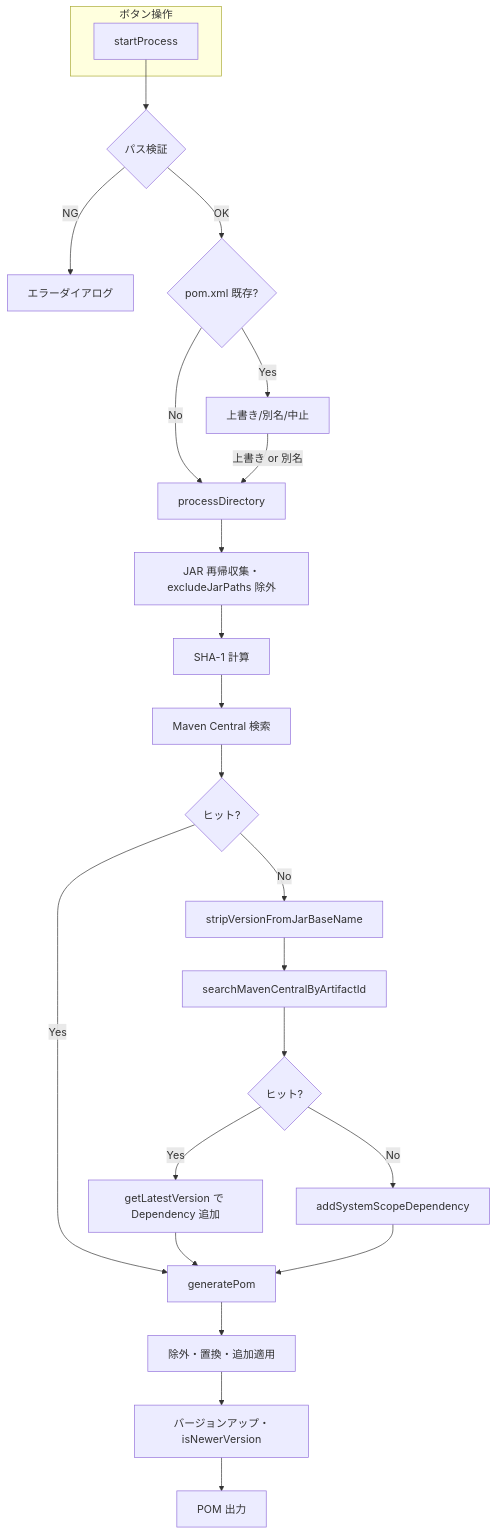
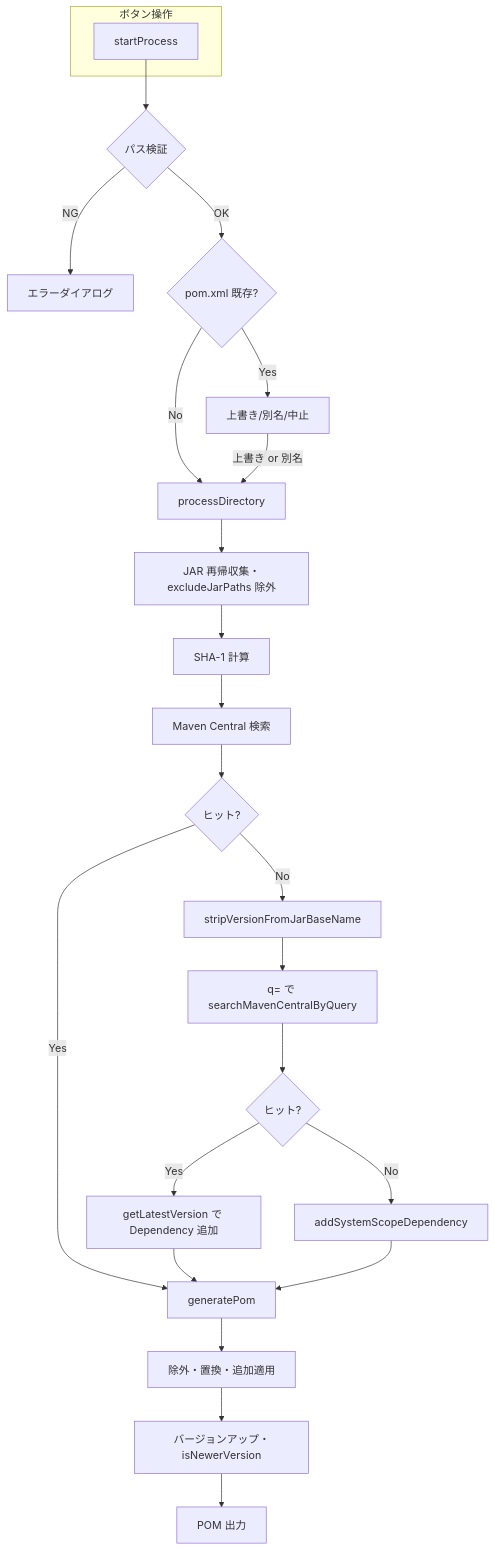
Before and after one commit to cac81571/ant-to-maven-converter: the second of 6 diagrams in docs/METHODS.md, drawn with Mermaid. The commit also changed other lines of this file and 1 other file, not shown here.

````diff
--- a/docs/METHODS.md
+++ b/docs/METHODS.md
@@ -141,27 +141,27 @@
 ```mermaid
 flowchart TB
     subgraph ボタン操作
         S[startProcess]
     end
     S --> V{パス検証}
     V -->|NG| E[エラーダイアログ]
     V -->|OK| W{pom.xml 既存?}
     W -->|Yes| O[上書き/別名/中止]
     W -->|No| P[processDirectory]
     O -->|上書き or 別名| P
     P --> P1[JAR 再帰収集・excludeJarPaths 除外]
     P1 --> P2[SHA-1 計算]
     P2 --> P3[Maven Central 検索]
     P3 --> P3b{ヒット?}
     P3b -->|No| P3c[stripVersionFromJarBaseName]
-    P3c --> P3d[searchMavenCentralByArtifactId]
+    P3c --> P3d[q= で searchMavenCentralByQuery]
     P3d --> P3e{ヒット?}
     P3e -->|Yes| P3f[getLatestVersion で Dependency 追加]
     P3e -->|No| P3g[addSystemScopeDependency]
     P3b -->|Yes| P4[generatePom]
     P3f --> P4
     P3g --> P4
     P4 --> G1[除外・置換・追加適用]
     G1 --> G2[バージョンアップ・isNewerVersion]
     G2 --> G3[POM 出力]
 ```
````
